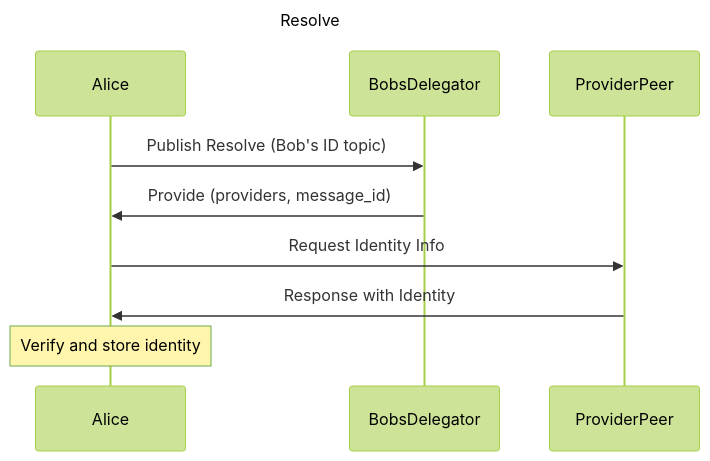
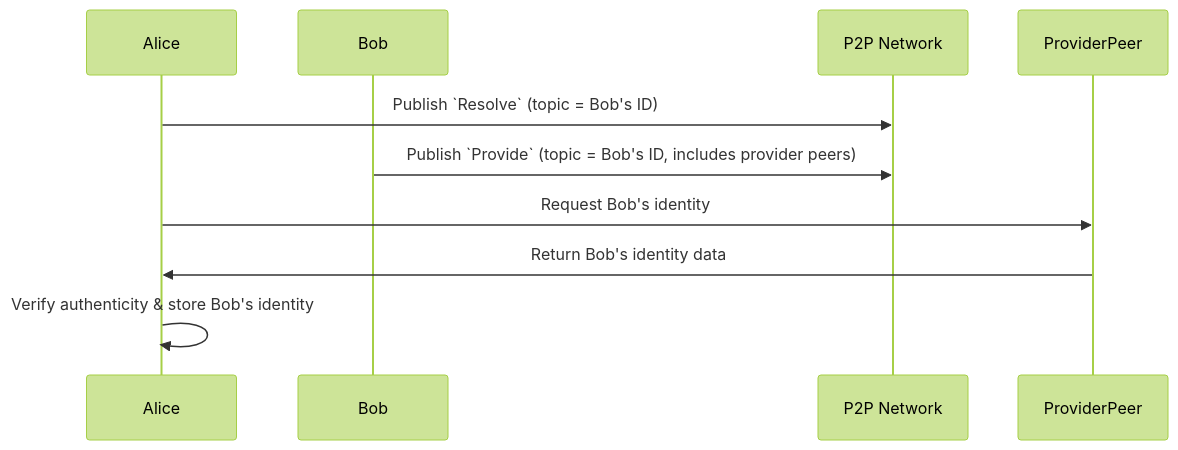
Before and after one commit to idp2p/idp2p.github.io: the first of 3 diagrams in README.md, drawn with Mermaid (forest theme). The commit also changed other lines of this file, not shown here.

````diff
--- a/README.md
+++ b/README.md
@@ -56,14 +76,14 @@
 ```mermaid
 sequenceDiagram
-    title Resolve
-
     participant Alice
-    participant BobsDelegator
+    participant Bob
+    participant P2PNet as P2P Network
     participant ProviderPeer
 
-    Alice->>BobsDelegator: Publish Resolve (Bob's ID topic)
-    BobsDelegator->>Alice: Provide (providers, message_id)
-    Alice->>ProviderPeer: Request Identity Info
-    ProviderPeer->>Alice: Response with Identity
-    Note over Alice: Verify and store identity
+    Alice->>P2PNet: Publish `Resolve` (topic = Bob's ID)
+    Bob->>P2PNet: Publish `Provide` (topic = Bob's ID, includes provider peers)
+    Alice->>ProviderPeer: Request Bob's identity
+    ProviderPeer->>Alice: Return Bob's identity data
+    Alice->>Alice: Verify authenticity & store Bob's identity
+
 ```
````
